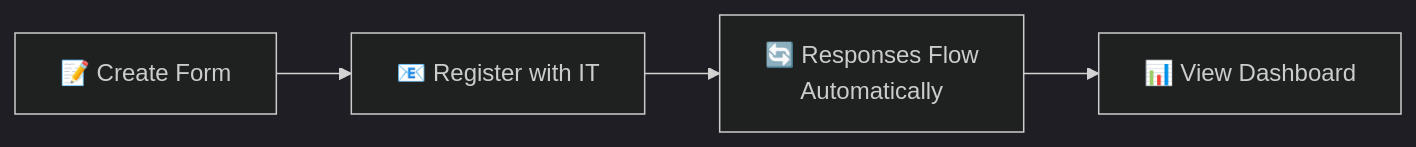
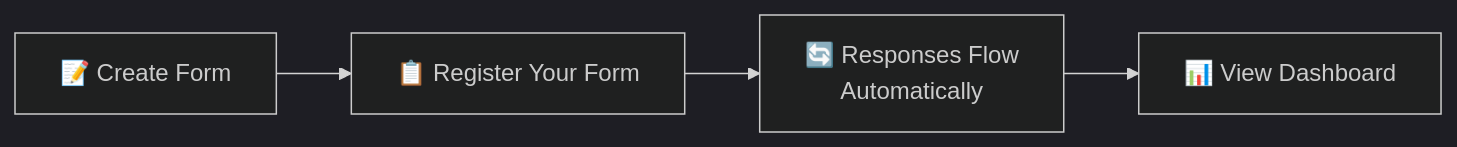
The first of 2 diagrams in docs/clinician-guide.md (michaelhuot-msft/forms-to-fabric), drawn with Mermaid (dark theme) before and after one commit. The commit also changed other lines of this file and 5 other files, not shown here.

First line of the commit message:
Add self-service registration flow and update all docs

````diff
--- a/docs/clinician-guide.md
+++ b/docs/clinician-guide.md
@@ -101,4 +103,4 @@
 ```mermaid
 graph LR
-    A["📝 Create Form"] --> B["📧 Register with IT"] --> C["🔄 Responses Flow<br/>Automatically"] --> D["📊 View Dashboard"]
+    A["📝 Create Form"] --> B["📋 Register Your Form"] --> C["🔄 Responses Flow<br/>Automatically"] --> D["📊 View Dashboard"]
 ```
````
